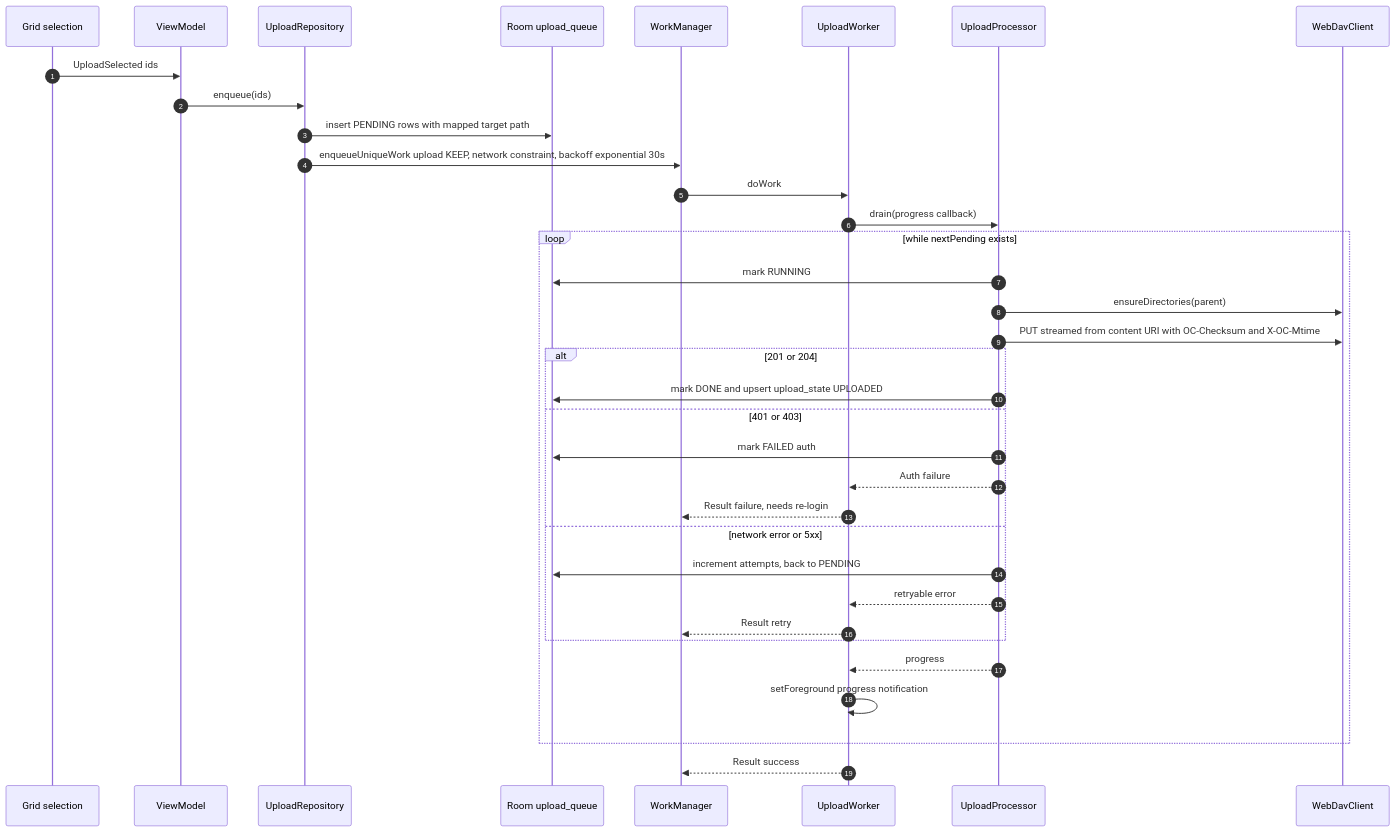
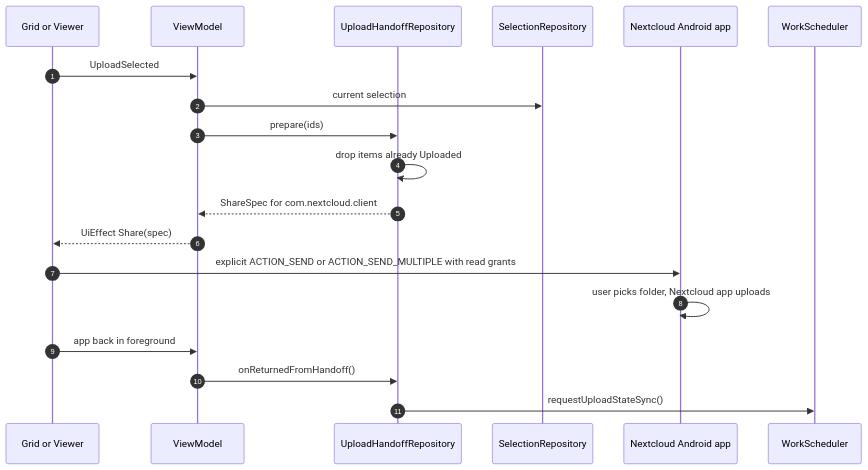
Diagram 11 of 12 in docs/ARCHITECTURE.md (drehtuer/NextGalleryApp), drawn with Mermaid before and after one commit. The commit also changed other lines of this file and 3 other files, not shown here.

First line of the commit message:
Delegate uploads to the Nextcloud app; resolve remaining open questions

````diff
--- a/docs/ARCHITECTURE.md
+++ b/docs/ARCHITECTURE.md
@@ -732,38 +732,22 @@
 ```mermaid
 sequenceDiagram
     autonumber
-    participant UI as Grid selection
+    participant UI as Grid or Viewer
     participant VM as ViewModel
-    participant Repo as UploadRepository
-    participant DB as Room upload_queue
-    participant WM as WorkManager
-    participant W as UploadWorker
-    participant P as UploadProcessor
-    participant Dav as WebDavClient
+    participant Repo as UploadHandoffRepository
+    participant Sel as SelectionRepository
+    participant NC as Nextcloud Android app
+    participant WS as WorkScheduler
 
-    UI->>VM: UploadSelected ids
-    VM->>Repo: enqueue(ids)
-    Repo->>DB: insert PENDING rows with mapped target path
-    Repo->>WM: enqueueUniqueWork upload KEEP, network constraint, backoff exponential 30s
-    WM->>W: doWork
-    W->>P: drain(progress callback)
-    loop while nextPending exists
-        P->>DB: mark RUNNING
-        P->>Dav: ensureDirectories(parent)
-        P->>Dav: PUT streamed from content URI with OC-Checksum and X-OC-Mtime
-        alt 201 or 204
-            P->>DB: mark DONE and upsert upload_state UPLOADED
-        else 401 or 403
-            P->>DB: mark FAILED auth
-            P-->>W: Auth failure
-            W-->>WM: Result failure, needs re-login
-        else network error or 5xx
-            P->>DB: increment attempts, back to PENDING
-            P-->>W: retryable error
-            W-->>WM: Result retry
-        end
-        P-->>W: progress
-        W->>W: setForeground progress notification
-    end
-    W-->>WM: Result success
+    UI->>VM: UploadSelected
+    VM->>Sel: current selection
+    VM->>Repo: prepare(ids)
+    Repo->>Repo: drop items already Uploaded
+    Repo-->>VM: ShareSpec for com.nextcloud.client
+    VM-->>UI: UiEffect Share(spec)
+    UI->>NC: explicit ACTION_SEND or ACTION_SEND_MULTIPLE with read grants
+    NC->>NC: user picks folder, Nextcloud app uploads
+    UI->>VM: app back in foreground
+    VM->>Repo: onReturnedFromHandoff()
+    Repo->>WS: requestUploadStateSync()
 ```
````
